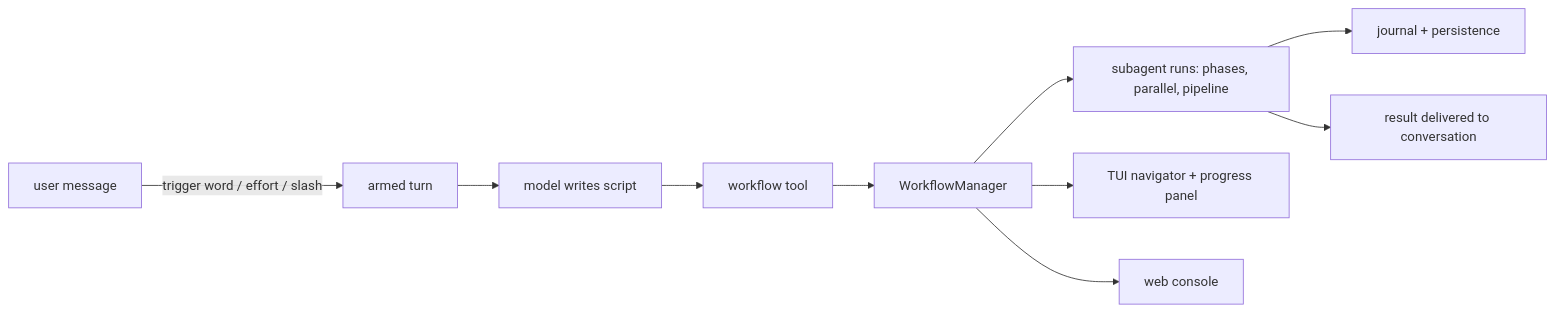
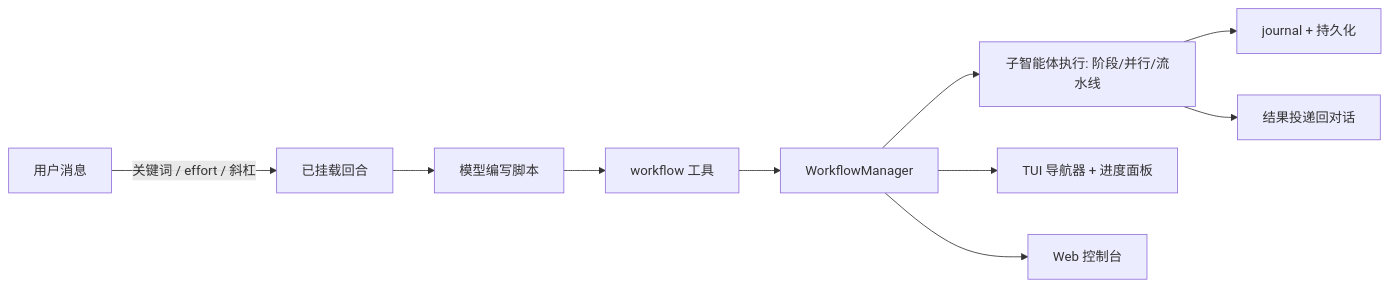
One commit to ExLei/omp-dynamic-workflows changed the diagram in README.md. Above: the diagram before and after it, drawn with Mermaid. The commit also changed other lines of this file and 34 other files, not shown here.

````diff
--- a/README.md
+++ b/README.md
@@ -79,12 +73,12 @@
 ```mermaid
 flowchart LR
-  U["user message"] -->|trigger word / effort / slash| A["armed turn"]
-  A --> M["model writes script"]
-  M --> T["workflow tool"]
+  U["用户消息"] -->|关键词 / effort / 斜杠| A["已挂载回合"]
+  A --> M["模型编写脚本"]
+  M --> T["workflow 工具"]
   T --> R["WorkflowManager"]
-  R --> S["subagent runs: phases, parallel, pipeline"]
-  S --> P["journal + persistence"]
-  R --> N["TUI navigator + progress panel"]
-  R --> W["web console"]
-  S --> D["result delivered to conversation"]
+  R --> S["子智能体执行: 阶段/并行/流水线"]
+  S --> P["journal + 持久化"]
+  R --> N["TUI 导航器 + 进度面板"]
+  R --> W["Web 控制台"]
+  S --> D["结果投递回对话"]
 ```
````
